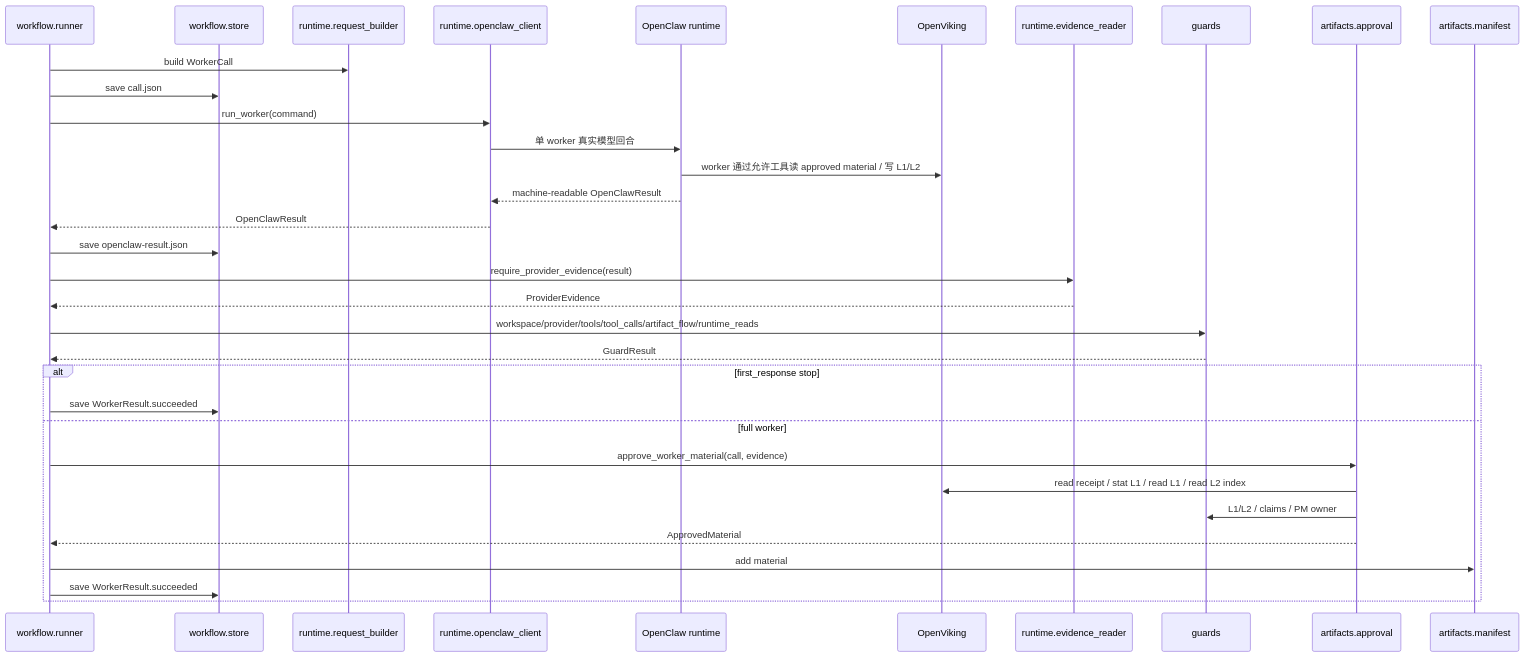
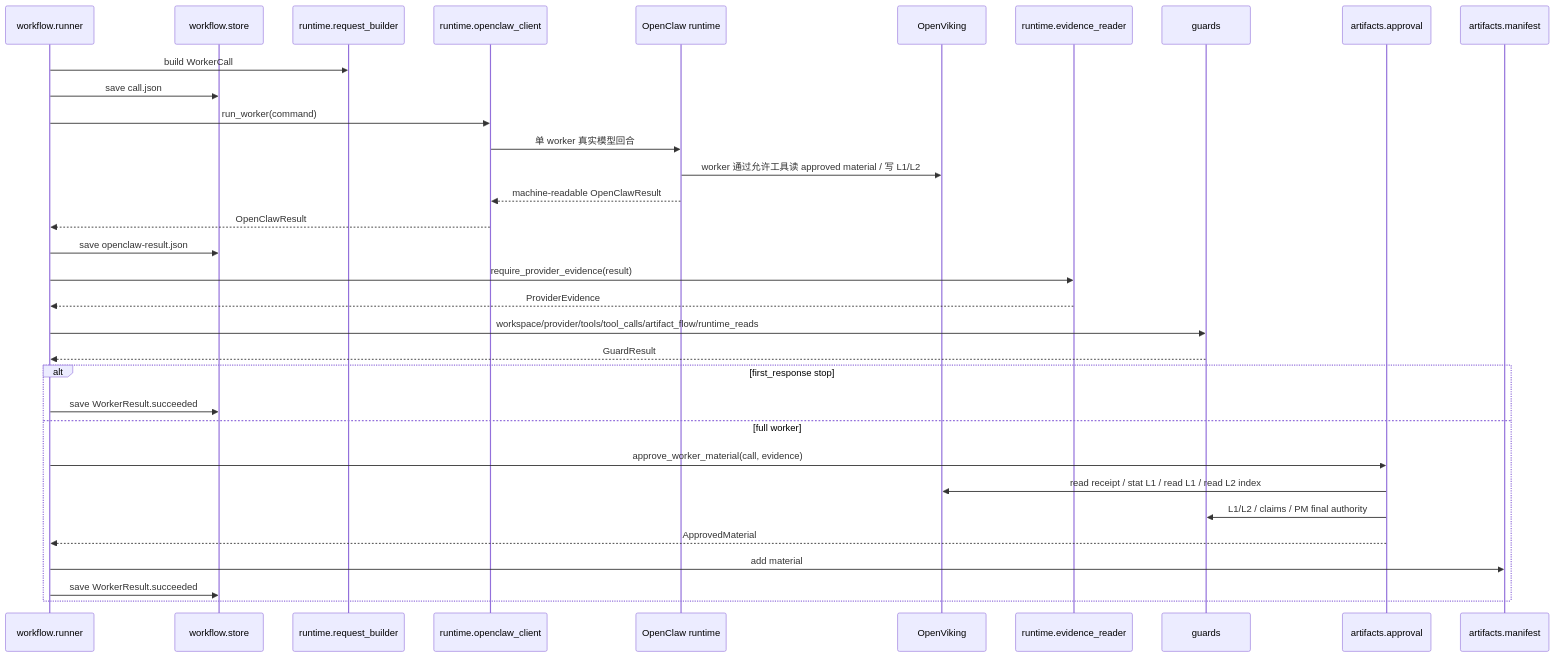
Before and after one commit to cflank/claw-trade: the third of 4 diagrams in docs/reference/legacy/control详细设计方案.md, drawn with Mermaid. The commit also changed other lines of this file and 334 other files, not shown here.

````diff
--- a/docs/reference/legacy/control详细设计方案.md
+++ b/docs/reference/legacy/control详细设计方案.md
@@ -201,36 +201,36 @@
 ```mermaid
 sequenceDiagram
   participant Runner as workflow.runner
   participant Store as workflow.store
   participant Builder as runtime.request_builder
   participant OCClient as runtime.openclaw_client
   participant OpenClaw as OpenClaw runtime
   participant OV as OpenViking
   participant Reader as runtime.evidence_reader
   participant Guards as guards
   participant Approval as artifacts.approval
   participant Manifest as artifacts.manifest
 
   Runner->>Builder: build WorkerCall
   Runner->>Store: save call.json
   Runner->>OCClient: run_worker(command)
   OCClient->>OpenClaw: 单 worker 真实模型回合
   OpenClaw->>OV: worker 通过允许工具读 approved material / 写 L1/L2
   OpenClaw-->>OCClient: machine-readable OpenClawResult
   OCClient-->>Runner: OpenClawResult
   Runner->>Store: save openclaw-result.json
   Runner->>Reader: require_provider_evidence(result)
   Reader-->>Runner: ProviderEvidence
   Runner->>Guards: workspace/provider/tools/tool_calls/artifact_flow/runtime_reads
   Guards-->>Runner: GuardResult
   alt first_response stop
     Runner->>Store: save WorkerResult.succeeded
   else full worker
     Runner->>Approval: approve_worker_material(call, evidence)
     Approval->>OV: read receipt / stat L1 / read L1 / read L2 index
-    Approval->>Guards: L1/L2 / claims / PM owner
+    Approval->>Guards: L1/L2 / claims / PM final authority
     Approval-->>Runner: ApprovedMaterial
     Runner->>Manifest: add material
     Runner->>Store: save WorkerResult.succeeded
   end
 ```
````
